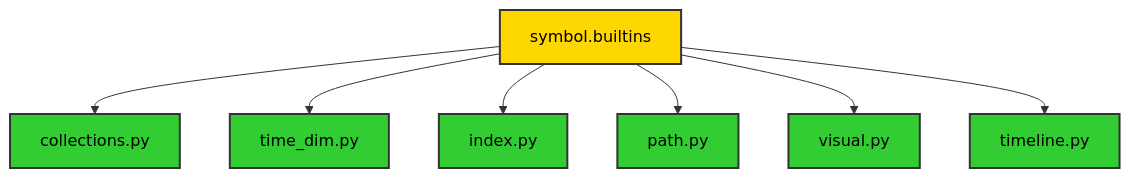
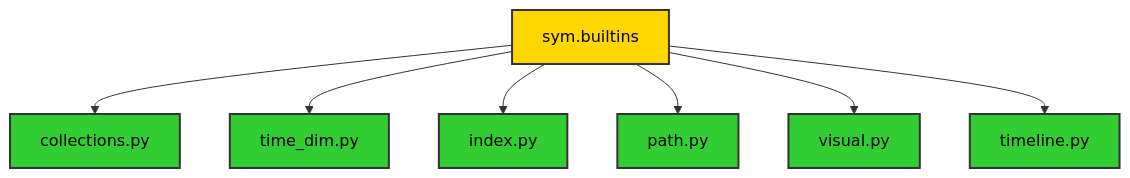
Before and after one commit to ikko/sym: the second of 2 diagrams in docs/topics/3_layered_architecture/index.md, drawn with Mermaid. The commit also changed other lines of this file and 104 other files, not shown here.

````diff
--- a/docs/topics/3_layered_architecture/index.md
+++ b/docs/topics/3_layered_architecture/index.md
@@ -34,17 +34,17 @@
 ```mermaid
 graph TD
-    A[symbol.builtins] --> B[collections.py];
+    A[sym.builtins] --> B[collections.py];
     A --> C[time_dim.py];
     A --> D[index.py];
     A --> E[path.py];
     A --> F[visual.py];
     A --> G[timeline.py];
 
     style A fill:#FFD700,stroke:#333,stroke-width:2px,color:#000000;
     style B fill:#32CD32,stroke:#333,stroke-width:2px,color:#000000;
     style C fill:#32CD32,stroke:#333,stroke-width:2px,color:#000000;
     style D fill:#32CD32,stroke:#333,stroke-width:2px,color:#000000;
     style E fill:#32CD32,stroke:#333,stroke-width:2px,color:#000000;
     style F fill:#32CD32,stroke:#333,stroke-width:2px,color:#000000;
     style G fill:#32CD32,stroke:#333,stroke-width:2px,color:#000000;
 ```
````
